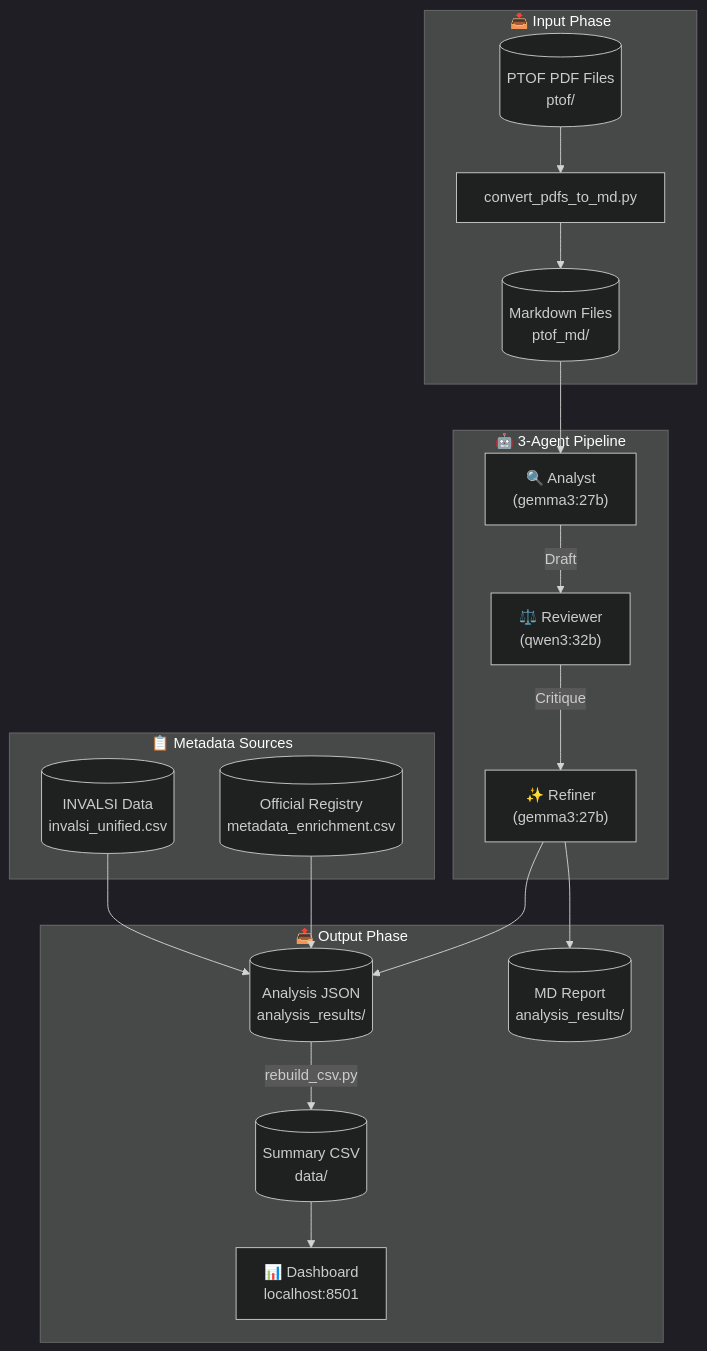
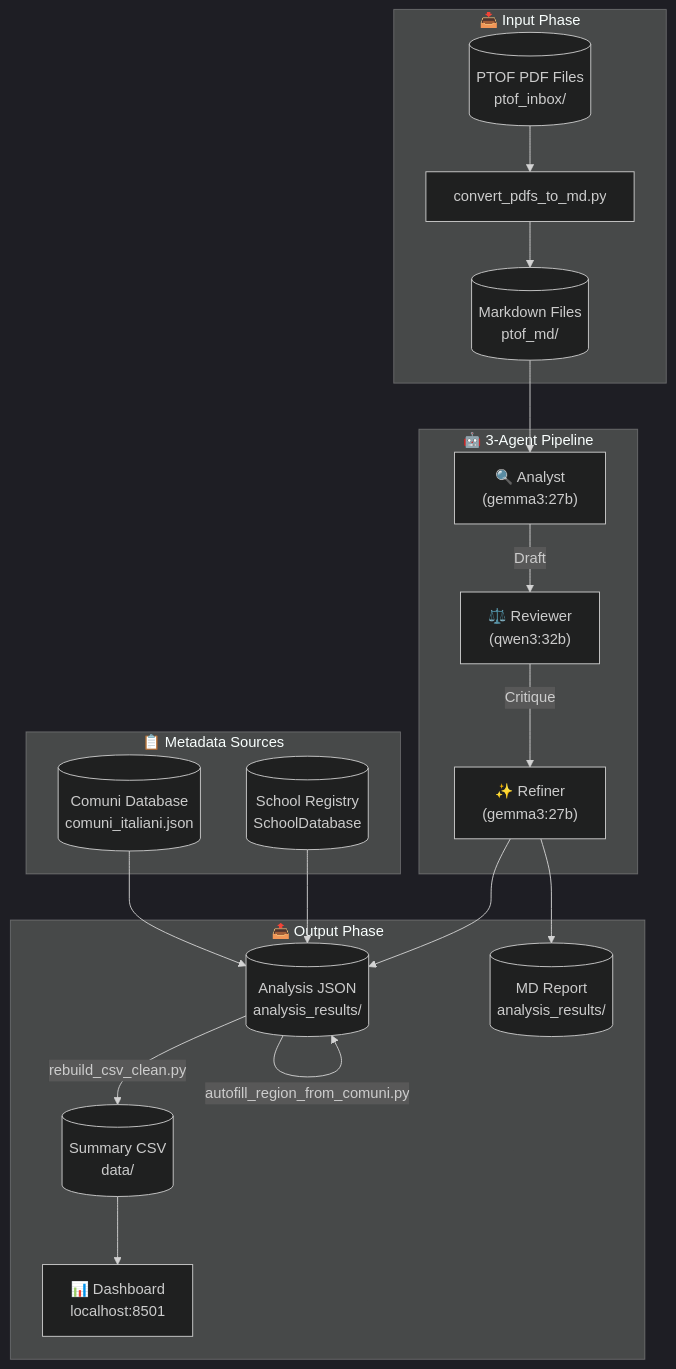
Before and after one commit to nugh75/orienta_piu: the first of 2 diagrams in docs/workflow_diagram.md, drawn with Mermaid (dark theme). The commit also changed 890 other files, not shown here.

````diff
--- a/docs/workflow_diagram.md
+++ b/docs/workflow_diagram.md
@@ -5,39 +5,40 @@
 ```mermaid
 flowchart TD
     subgraph Input["📥 Input Phase"]
-        PDF[("PTOF PDF Files<br/>ptof/")]
+        PDF[("PTOF PDF Files<br/>ptof_inbox/")]
         CONVERT["convert_pdfs_to_md.py"]
         MD[("Markdown Files<br/>ptof_md/")]
     end
 
     subgraph Metadata["📋 Metadata Sources"]
-        REGISTRY[("Official Registry<br/>metadata_enrichment.csv")]
-        INVALSI[("INVALSI Data<br/>invalsi_unified.csv")]
+        REGISTRY[("School Registry<br/>SchoolDatabase")]
+        COMUNI[("Comuni Database<br/>comuni_italiani.json")]
     end
 
     subgraph Agents["🤖 3-Agent Pipeline"]
         ANALYST["🔍 Analyst<br/>(gemma3:27b)"]
         REVIEWER["⚖️ Reviewer<br/>(qwen3:32b)"]
         REFINER["✨ Refiner<br/>(gemma3:27b)"]
     end
 
     subgraph Output["📤 Output Phase"]
         JSON[("Analysis JSON<br/>analysis_results/")]
         REPORT[("MD Report<br/>analysis_results/")]
         CSV[("Summary CSV<br/>data/")]
         DASH["📊 Dashboard<br/>localhost:8501"]
     end
 
     PDF --> CONVERT --> MD
     MD --> ANALYST
     ANALYST --> |"Draft"| REVIEWER
     REVIEWER --> |"Critique"| REFINER
     REFINER --> JSON
     REFINER --> REPORT
     
     REGISTRY --> JSON
-    INVALSI --> JSON
+    COMUNI --> JSON
     
-    JSON --> |"rebuild_csv.py"| CSV
+    JSON --> |"autofill_region_from_comuni.py"| JSON
+    JSON --> |"rebuild_csv_clean.py"| CSV
     CSV --> DASH
 ```
````
